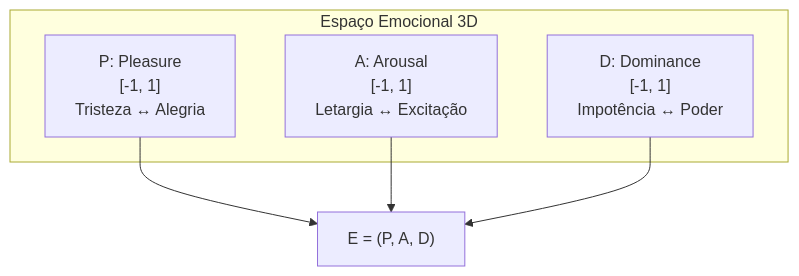
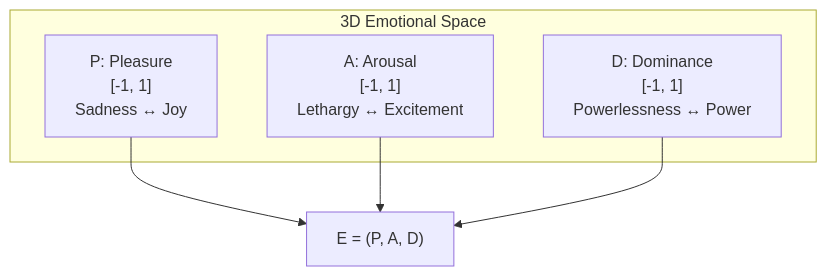
One commit to gabrielmaialva33/viva changed the third of 17 diagrams in docs/en/explanation/project-status.md. Above: the diagram before and after it, drawn with Mermaid. The commit also changed other lines of this file and 29 other files, not shown here.

````diff
--- a/docs/en/explanation/project-status.md
+++ b/docs/en/explanation/project-status.md
@@ -88,12 +88,12 @@
 ```mermaid
 graph TD
-    subgraph PAD["Espaço Emocional 3D"]
-        P["P: Pleasure<br/>[-1, 1]<br/>Tristeza ↔ Alegria"]
-        A["A: Arousal<br/>[-1, 1]<br/>Letargia ↔ Excitação"]
-        D["D: Dominance<br/>[-1, 1]<br/>Impotência ↔ Poder"]
+    subgraph PAD["3D Emotional Space"]
+        P["P: Pleasure<br/>[-1, 1]<br/>Sadness ↔ Joy"]
+        A["A: Arousal<br/>[-1, 1]<br/>Lethargy ↔ Excitement"]
+        D["D: Dominance<br/>[-1, 1]<br/>Powerlessness ↔ Power"]
     end
 
-    P --> Estado["E = (P, A, D)"]
-    A --> Estado
-    D --> Estado
+    P --> State["E = (P, A, D)"]
+    A --> State
+    D --> State
 ```
````
